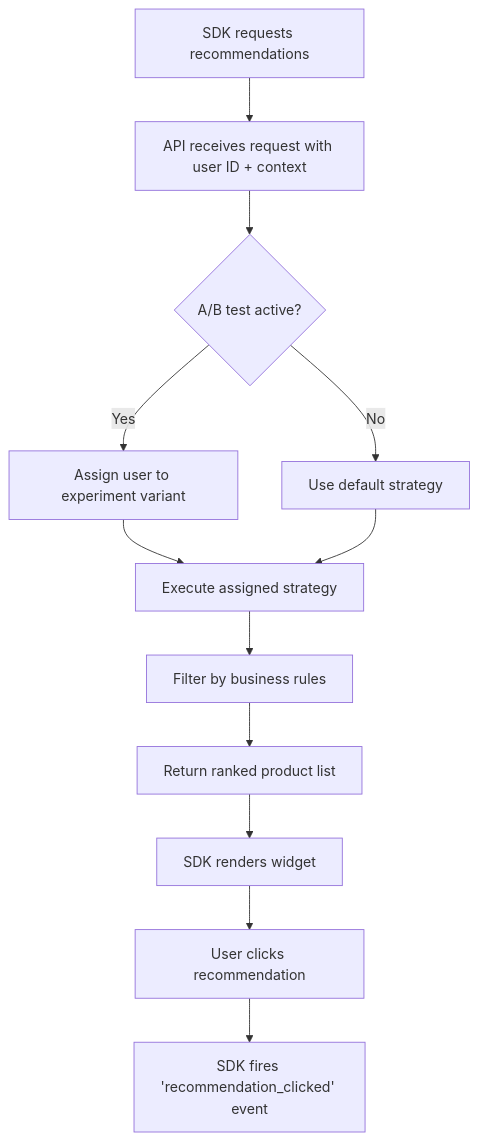
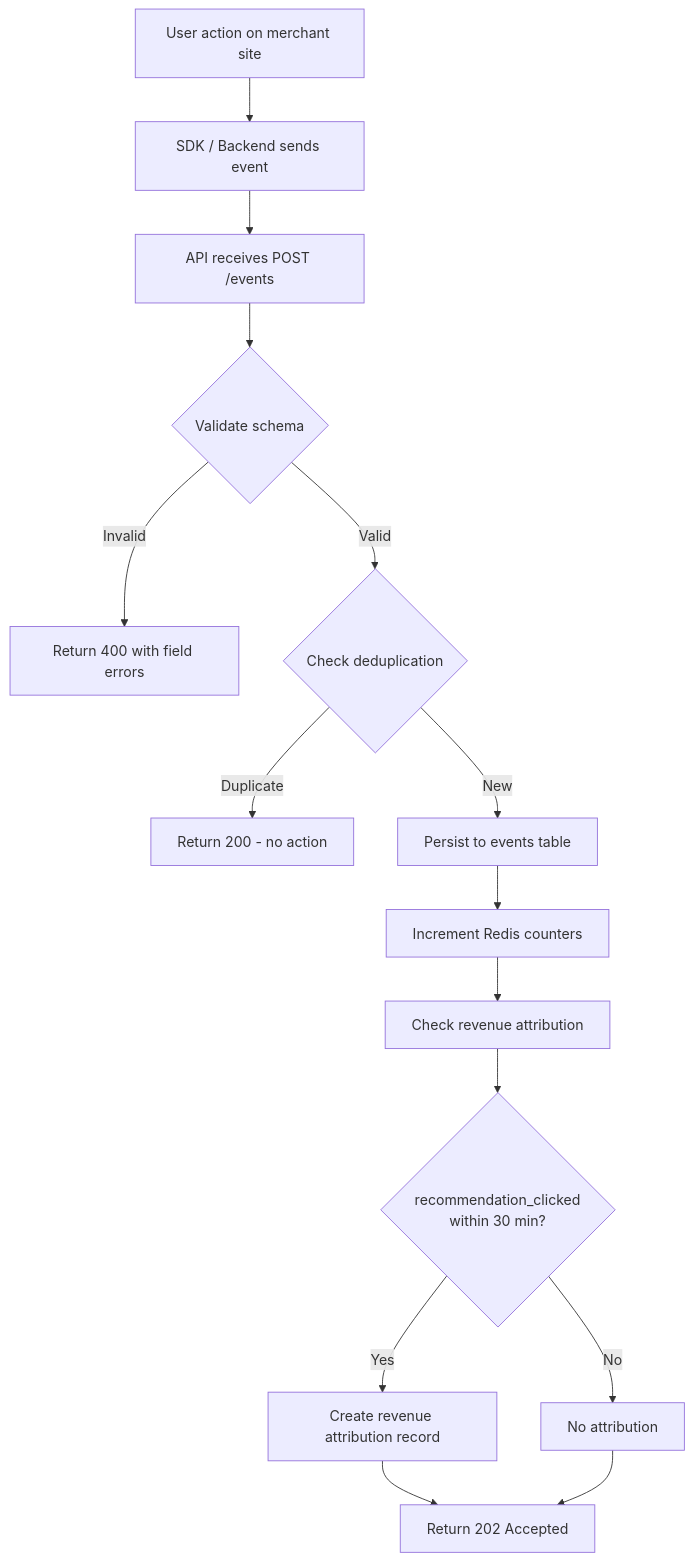
One commit to Tamoura/Claude-Code-creates-the-SW-company changed the fifth of 8 diagrams in products/recomengine/docs/PRD.md. Above: the diagram before and after it, drawn with Mermaid. The commit also changed other lines of this file and 2 other files, not shown here.

First line of the commit message:
docs(prd): create PRD v2.0 for muaththir [PRD-01]

````diff
--- a/products/recomengine/docs/PRD.md
+++ b/products/recomengine/docs/PRD.md
@@ -245,14 +535,17 @@
 ```mermaid
 flowchart TD
-    A[SDK requests recommendations] --> B[API receives request with user ID + context]
-    B --> C{A/B test active?}
-    C -->|Yes| D[Assign user to experiment variant]
-    C -->|No| E[Use default strategy]
-    D --> F[Execute assigned strategy]
-    E --> F
-    F --> G[Filter by business rules]
-    G --> H[Return ranked product list]
-    H --> I[SDK renders widget]
-    I --> J[User clicks recommendation]
-    J --> K[SDK fires 'recommendation_clicked' event]
+    A[User action on merchant site] --> B[SDK / Backend sends event]
+    B --> C[API receives POST /events]
+    C --> D{Validate schema}
+    D -->|Invalid| E[Return 400 with field errors]
+    D -->|Valid| F{Check deduplication}
+    F -->|Duplicate| G[Return 200 - no action]
+    F -->|New| H[Persist to events table]
+    H --> I[Increment Redis counters]
+    I --> J[Check revenue attribution]
+    J --> K{recommendation_clicked<br/>within 30 min?}
+    K -->|Yes| L[Create revenue attribution record]
+    K -->|No| M[No attribution]
+    L --> N[Return 202 Accepted]
+    M --> N
 ```
````
